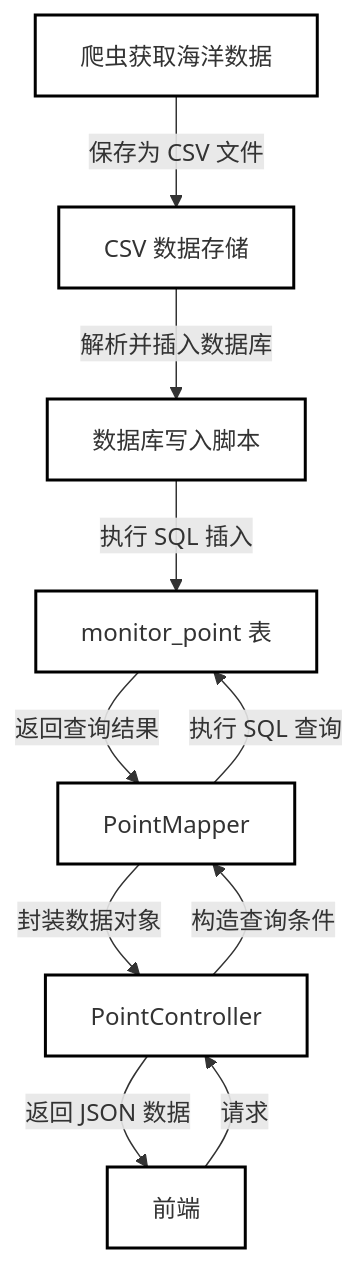
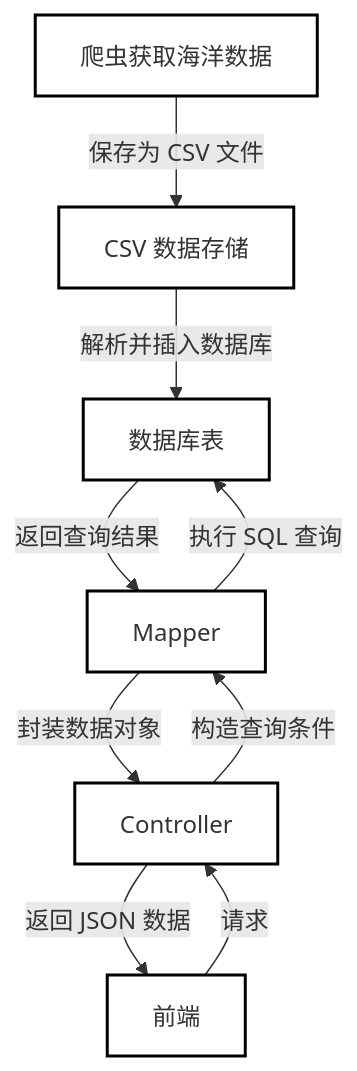
One commit to 4triumph/blog changed diagram 16 of 19 in docs/src/Notes/Projects/socean/流程图.md. Above: the diagram before and after it, drawn with Mermaid. The commit also changed other lines of this file, not shown here.

````diff
--- a/docs/src/Notes/Projects/socean/流程图.md
+++ b/docs/src/Notes/Projects/socean/流程图.md
@@ -525,22 +525,20 @@
 ```mermaid
 graph TD;
     style A fill:#fff,stroke:#000,stroke-width:2px;
     style B fill:#fff,stroke:#000,stroke-width:2px;
     style C fill:#fff,stroke:#000,stroke-width:2px;
-    style D fill:#fff,stroke:#000,stroke-width:2px;
     style E fill:#fff,stroke:#000,stroke-width:2px;
     style F fill:#fff,stroke:#000,stroke-width:2px;
     style G fill:#fff,stroke:#000,stroke-width:2px;
 
     A[爬虫获取海洋数据] -->|保存为 CSV 文件| B[CSV 数据存储];
-    B -->|解析并插入数据库| C[数据库写入脚本];
-    C -->|执行 SQL 插入| D[monitor_point 表];
+    B -->|解析并插入数据库| C[数据库表];
 
-    E[前端] -->|请求| F[PointController];
-    F -->|构造查询条件| G[PointMapper];
-    G -->|执行 SQL 查询| D;
-    D -->|返回查询结果| G;
+    E[前端] -->|请求| F[Controller];
+    F -->|构造查询条件| G[Mapper];
+    G -->|执行 SQL 查询| C;
+    C -->|返回查询结果| G;
     G -->|封装数据对象| F;
     F -->|返回 JSON 数据| E;
 
 ```
````
